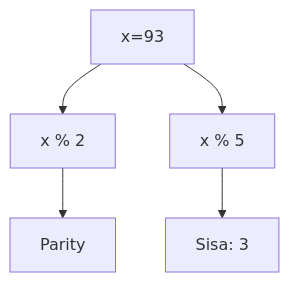
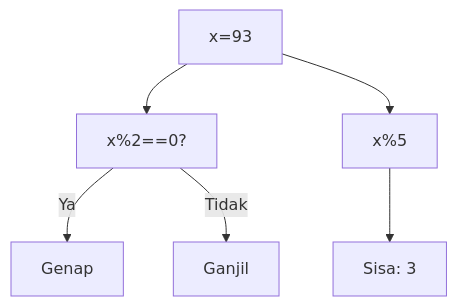
Diagram 17 of 25 in part-c-pemahaman-cpp/05-rekursi/latihan/set-11.md (amnahwaida/OSNK_INF_PREP), drawn with Mermaid before and after one commit. The commit also changed other lines of this file and 71 other files, not shown here.

Commit message:
Fixed Mermaid syntax lexical errors with quoted labels in 1,800 questions

````diff
--- a/part-c-pemahaman-cpp/05-rekursi/latihan/set-11.md
+++ b/part-c-pemahaman-cpp/05-rekursi/latihan/set-11.md
@@ -441,7 +539,8 @@
 ```mermaid
 graph TD
-A[x=93] --> B[x % 2]
-B --> C[Parity]
-A --> D[x % 5]
-D --> E[Sisa: 3]
+A["x=93"] --> B["x%2==0?"]
+B -- Ya --> C["Genap"]
+B -- Tidak --> D["Ganjil"]
+A --> E["x%5"]
+E --> F["Sisa: 3"]
 ```
````
